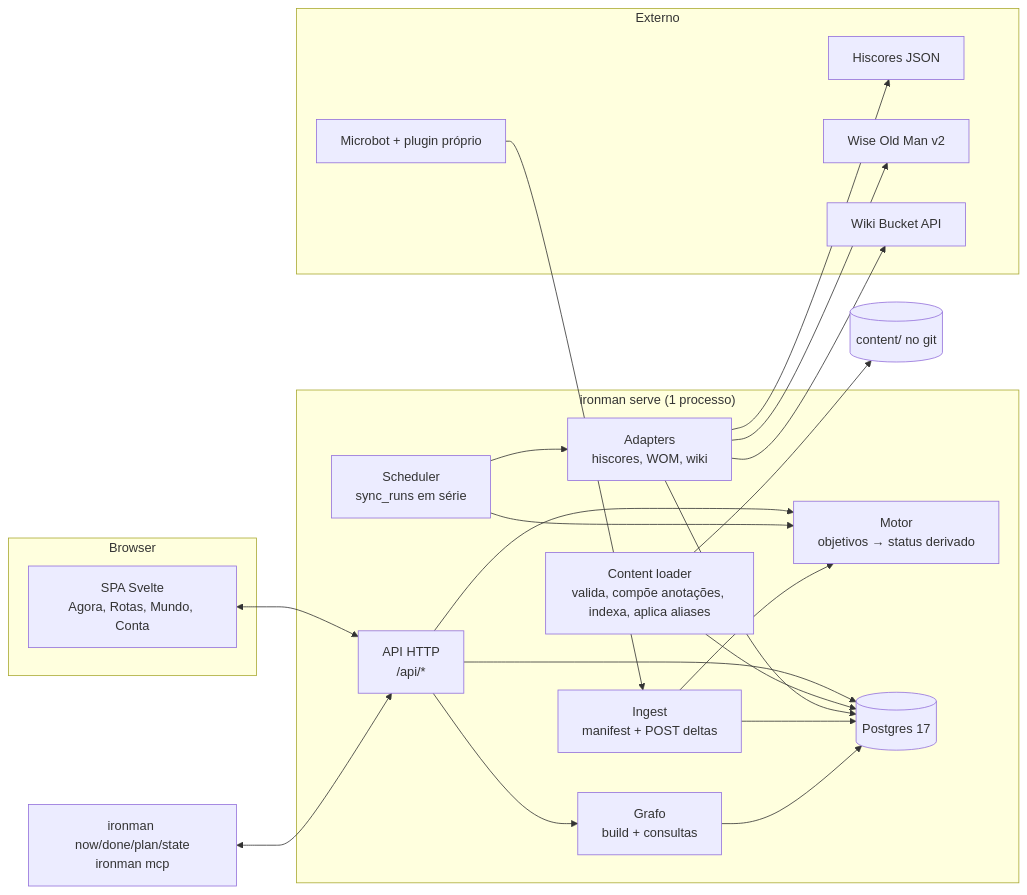
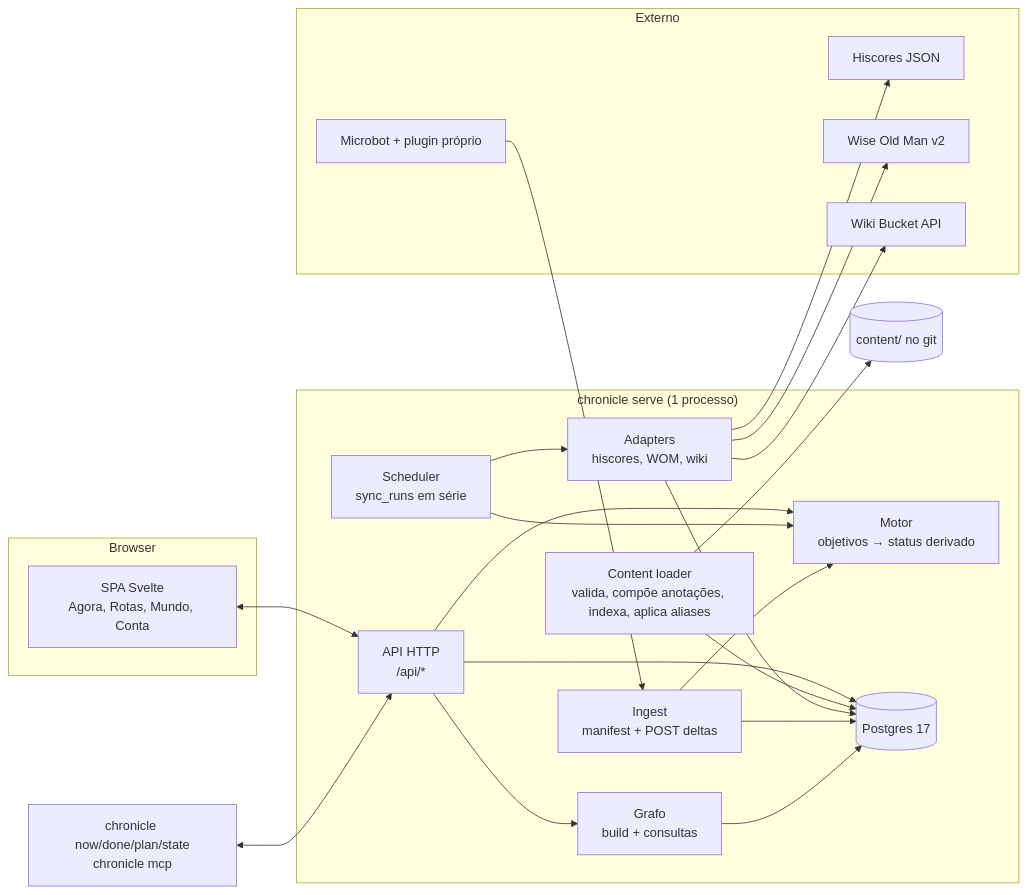
One commit to FelipeMalacarne/chronicle changed the first of 4 diagrams in docs/04-arquitetura.md. Above: the diagram before and after it, drawn with Mermaid. The commit also changed other lines of this file and 71 other files, not shown here.

````diff
--- a/docs/04-arquitetura.md
+++ b/docs/04-arquitetura.md
@@ -52,36 +52,36 @@
 ```mermaid
 flowchart LR
   subgraph Browser
     UI[SPA Svelte<br/>Agora, Rotas, Mundo, Conta]
   end
-  subgraph Bin["ironman serve (1 processo)"]
+  subgraph Bin["chronicle serve (1 processo)"]
     API[API HTTP<br/>/api/*]
     CL[Content loader<br/>valida, compõe anotações, indexa, aplica aliases]
     RE[Motor<br/>objetivos → status derivado]
     GS[Grafo<br/>build + consultas]
     SW[Scheduler<br/>sync_runs em série]
     ING[Ingest<br/>manifest + POST deltas]
     AD[Adapters<br/>hiscores, WOM, wiki]
     DB[(Postgres 17)]
   end
   subgraph Externo
     HS[Hiscores JSON]
     WOM[Wise Old Man v2]
     BK[Wiki Bucket API]
     RL[Microbot + plugin próprio]
   end
   CONTENT[(content/ no git)]
-  CLI[ironman now/done/plan/state<br/>ironman mcp]
+  CLI[chronicle now/done/plan/state<br/>chronicle mcp]
   UI <--> API
   CLI <--> API
   API --> RE & GS & DB
   CL --> CONTENT
   CL --> DB
   SW --> AD
   AD --> HS & WOM & BK
   AD --> DB
   SW --> RE
   RL --> ING --> DB
   ING --> RE
   GS --> DB
 ```
````
